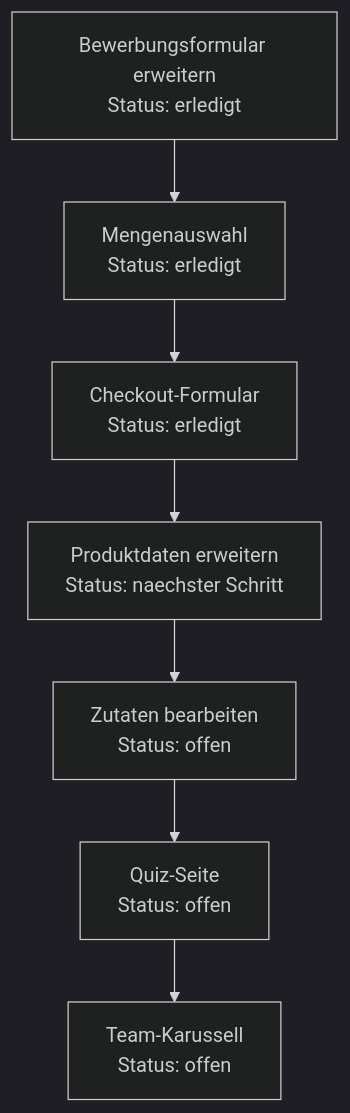
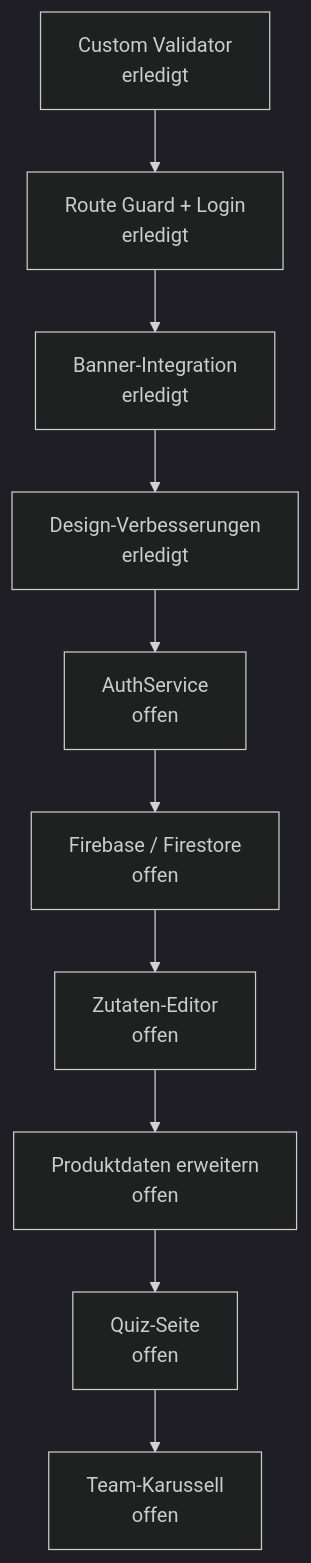
One commit to denisaandreea-a/McDenisa-Website-Pruefung changed the fourth of 4 diagrams in docs/wiki.md. Above: the diagram before and after it, drawn with Mermaid (dark theme). The commit also changed other lines of this file and 1 other file, not shown here.

Commit message:
Wiki vollständig aktualisiert: Features, Probleme, Lösungen, Status-Tabelle

````diff
--- a/docs/wiki.md
+++ b/docs/wiki.md
@@ -146,9 +356,12 @@
 ```mermaid
 flowchart TD
-  Done1["Bewerbungsformular erweitern<br>Status: erledigt"] --> Done2["Mengenauswahl<br>Status: erledigt"]
-  Done2 --> Done3["Checkout-Formular<br>Status: erledigt"]
-  Done3 --> Next["Produktdaten erweitern<br>Status: naechster Schritt"]
-  Next --> Open1["Zutaten bearbeiten<br>Status: offen"]
-  Open1 --> Open2["Quiz-Seite<br>Status: offen"]
-  Open2 --> Open3["Team-Karussell<br>Status: offen"]
+  D1["Custom Validator\nerledigt"] --> D2["Route Guard + Login\nerledigt"]
+  D2 --> D3["Banner-Integration\nerledigt"]
+  D3 --> D4["Design-Verbesserungen\nerledigt"]
+  D4 --> N1["AuthService\noffen"]
+  N1 --> N2["Firebase / Firestore\noffen"]
+  N2 --> N3["Zutaten-Editor\noffen"]
+  N3 --> N4["Produktdaten erweitern\noffen"]
+  N4 --> N5["Quiz-Seite\noffen"]
+  N5 --> N6["Team-Karussell\noffen"]
 ```
````
